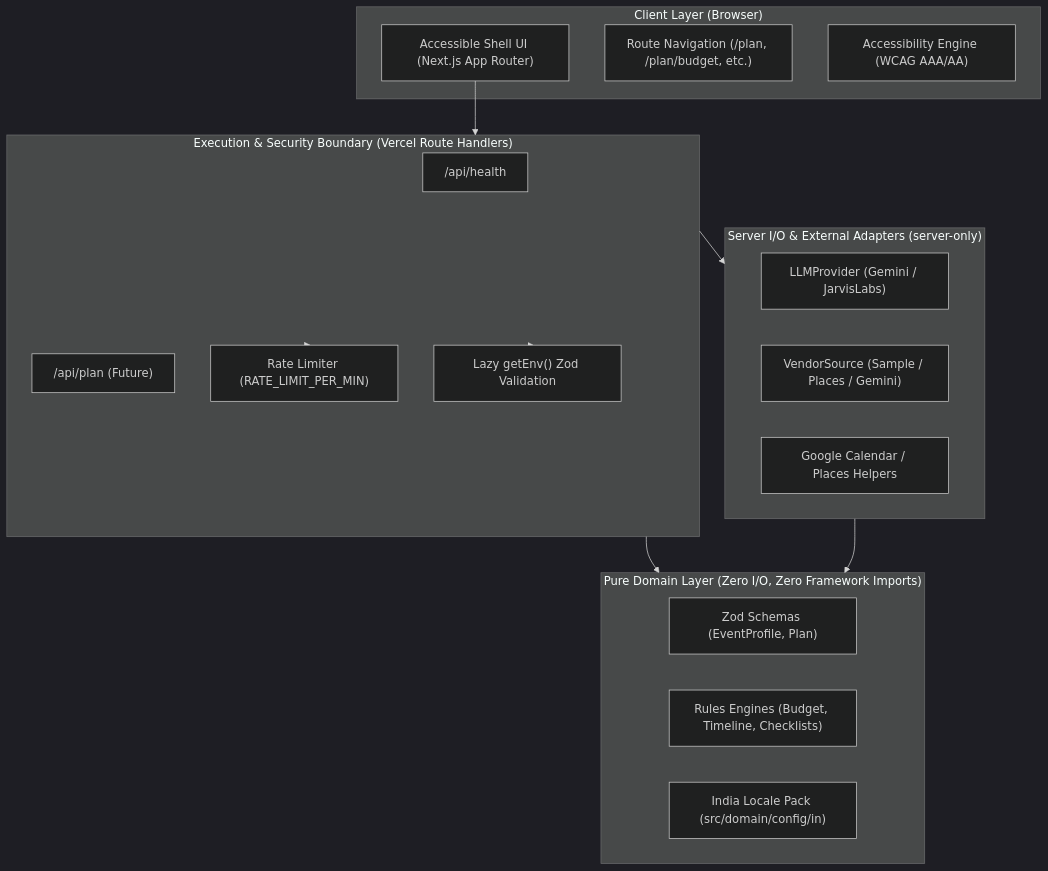
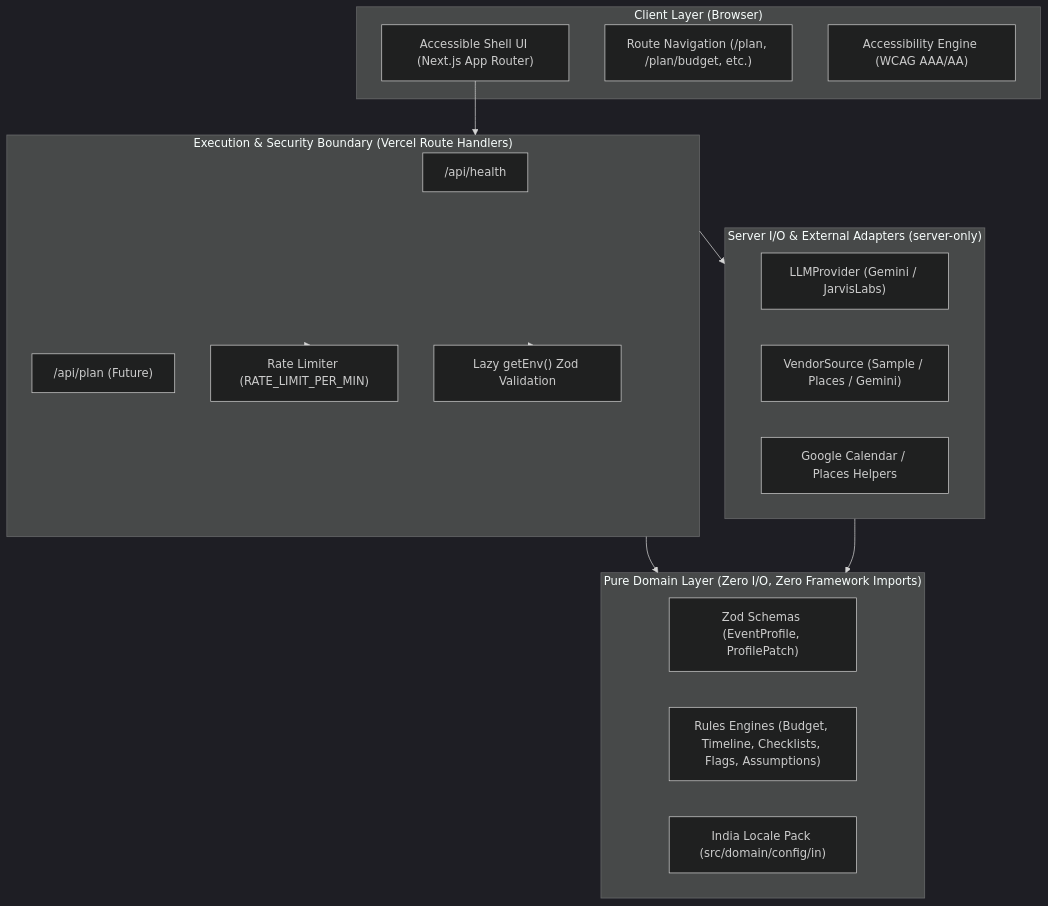
The first of 2 diagrams in docs/architecture.md (CodeCatalyst-07/utsav_planner), drawn with Mermaid (dark theme) before and after one commit. The commit also changed other lines of this file and 35 other files, not shown here.

````diff
--- a/docs/architecture.md
+++ b/docs/architecture.md
@@ -7,34 +7,34 @@
 ```mermaid
 graph TD
     subgraph Browser ["Client Layer (Browser)"]
         UI["Accessible Shell UI (Next.js App Router)"]
         Nav["Route Navigation (/plan, /plan/budget, etc.)"]
         Axe["Accessibility Engine (WCAG AAA/AA)"]
     end
 
     subgraph API ["Execution & Security Boundary (Vercel Route Handlers)"]
         HealthAPI["/api/health"]
         PlanAPI["/api/plan (Future)"]
         RateLimiter["Rate Limiter (RATE_LIMIT_PER_MIN)"]
         EnvValidation["Lazy getEnv() Zod Validation"]
     end
 
     subgraph Domain ["Pure Domain Layer (Zero I/O, Zero Framework Imports)"]
-        Schemas["Zod Schemas (EventProfile, Plan)"]
-        Rules["Rules Engines (Budget, Timeline, Checklists)"]
+        Schemas["Zod Schemas (EventProfile, ProfilePatch)"]
+        Rules["Rules Engines (Budget, Timeline, Checklists, Flags, Assumptions)"]
         LocalePack["India Locale Pack (src/domain/config/in)"]
     end
 
     subgraph ServerIO ["Server I/O & External Adapters (server-only)"]
         LLM["LLMProvider (Gemini / JarvisLabs)"]
         Vendors["VendorSource (Sample / Places / Gemini)"]
         GoogleSync["Google Calendar / Places Helpers"]
     end
 
     UI --> API
     API --> EnvValidation
     API --> RateLimiter
     API --> Domain
     API --> ServerIO
     ServerIO --> Domain
 ```
````
